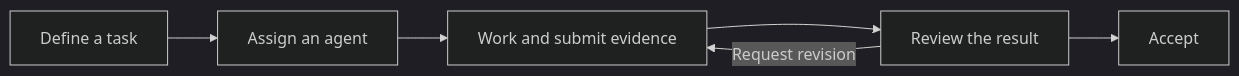
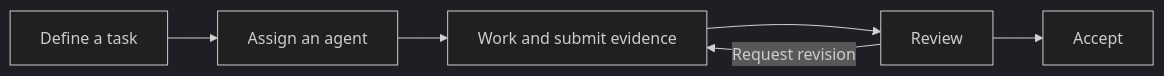
Before and after one commit to OthinusG/warp-lite: the diagram in README.md, drawn with Mermaid (dark theme). The commit also changed other lines of this file and 11 other files, not shown here.

````diff
--- a/README.md
+++ b/README.md
@@ -72,8 +60,8 @@
 ```mermaid
 flowchart LR
     A[Define a task] --> B[Assign an agent]
     B --> C[Work and submit evidence]
-    C --> D[Review the result]
+    C --> D[Review]
     D --> E[Accept]
     D -->|Request revision| C
 ```
````
